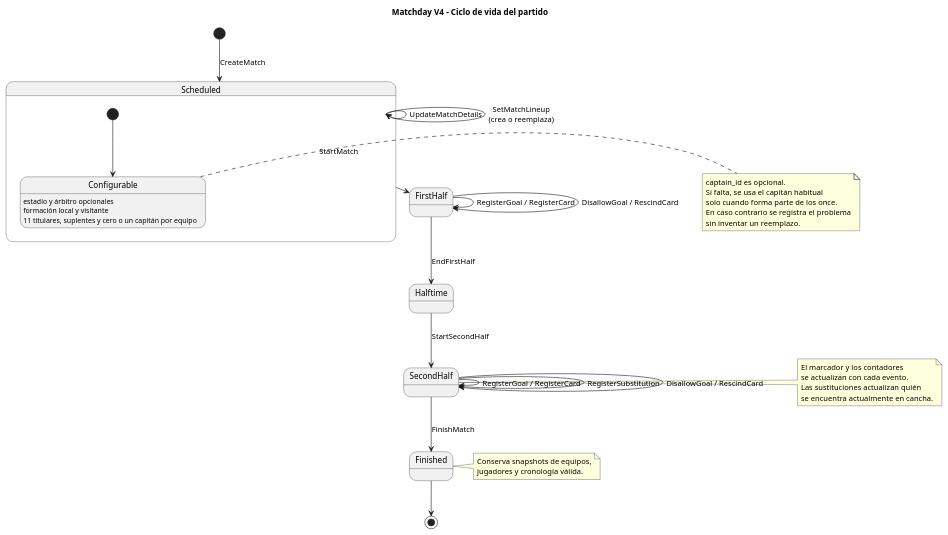
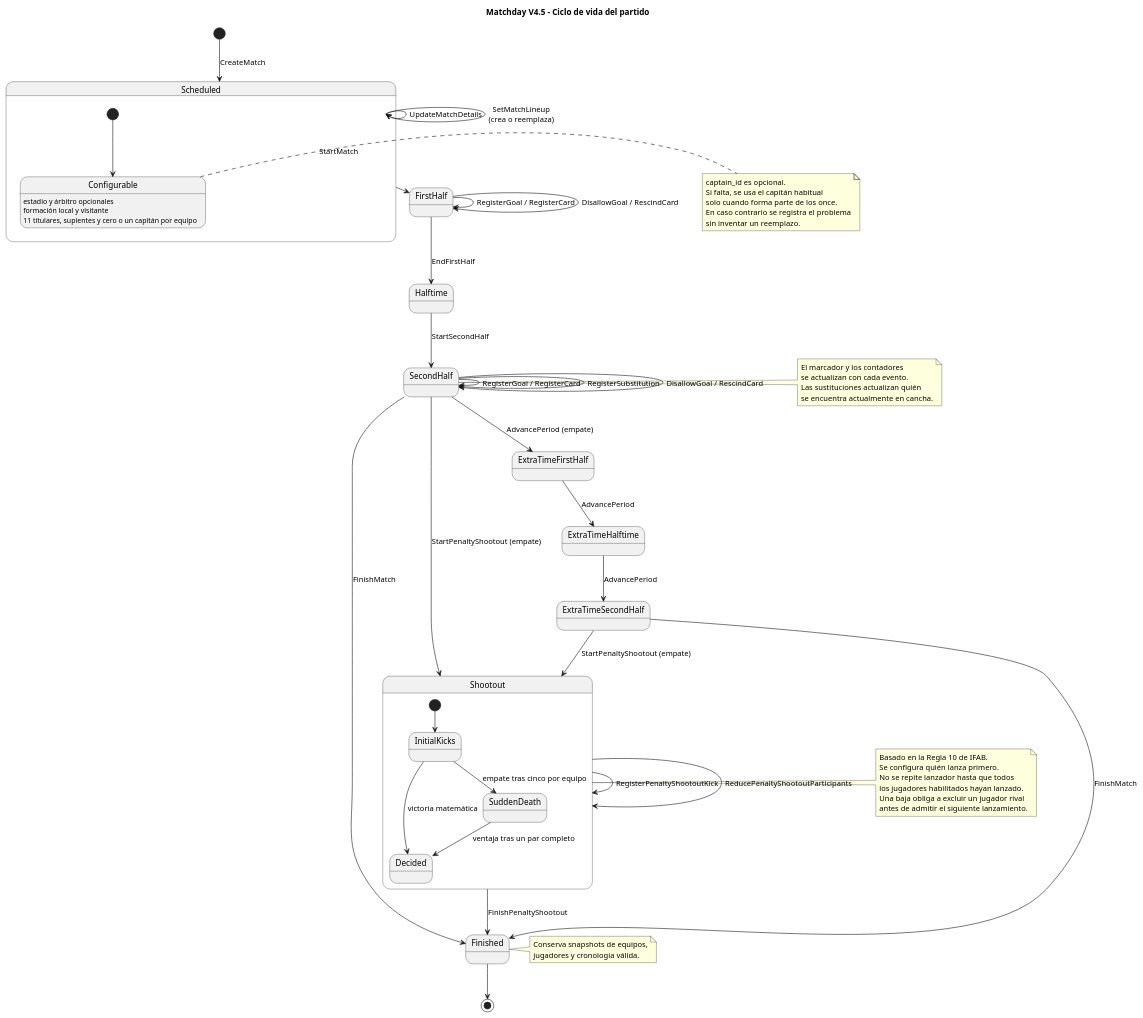
Before and after one commit to JaredDet/Match-Day: the diagram in docs/diagrams/match-lifecycle.puml, drawn with PlantUML. The commit also changed 35 other files, not shown here.

```diff
--- a/docs/diagrams/match-lifecycle.puml
+++ b/docs/diagrams/match-lifecycle.puml
@@ -1,44 +1,69 @@
 @startuml Match Lifecycle
-title Matchday V4 - Ciclo de vida del partido
+title Matchday V4.5 - Ciclo de vida del partido
 
 [*] --> Scheduled : CreateMatch
 Scheduled --> Scheduled : UpdateMatchDetails
 Scheduled --> Scheduled : SetMatchLineup\n(crea o reemplaza)
 Scheduled --> FirstHalf : StartMatch
 FirstHalf --> FirstHalf : RegisterGoal / RegisterCard
 FirstHalf --> FirstHalf : DisallowGoal / RescindCard
 FirstHalf --> Halftime : EndFirstHalf
 Halftime --> SecondHalf : StartSecondHalf
 SecondHalf --> SecondHalf : RegisterGoal / RegisterCard
 SecondHalf --> SecondHalf : RegisterSubstitution
 SecondHalf --> SecondHalf : DisallowGoal / RescindCard
 SecondHalf --> Finished : FinishMatch
+SecondHalf --> ExtraTimeFirstHalf : AdvancePeriod (empate)
+ExtraTimeFirstHalf --> ExtraTimeHalftime : AdvancePeriod
+ExtraTimeHalftime --> ExtraTimeSecondHalf : AdvancePeriod
+ExtraTimeSecondHalf --> Finished : FinishMatch
+SecondHalf --> Shootout : StartPenaltyShootout (empate)
+ExtraTimeSecondHalf --> Shootout : StartPenaltyShootout (empate)
+Shootout --> Shootout : RegisterPenaltyShootoutKick
+Shootout --> Shootout : ReducePenaltyShootoutParticipants
+Shootout --> Finished : FinishPenaltyShootout
 Finished --> [*]
+
+state Shootout {
+  [*] --> InitialKicks
+  InitialKicks --> Decided : victoria matemática
+  InitialKicks --> SuddenDeath : empate tras cinco por equipo
+  SuddenDeath --> Decided : ventaja tras un par completo
+}
 
 state Scheduled {
   [*] --> Configurable
   Configurable : estadio y árbitro opcionales
   Configurable : formación local y visitante
   Configurable : 11 titulares, suplentes y cero o un capitán por equipo
 }
 
 note right of Configurable
   captain_id es opcional.
   Si falta, se usa el capitán habitual
   solo cuando forma parte de los once.
   En caso contrario se registra el problema
   sin inventar un reemplazo.
 end note
 
 note right of SecondHalf
   El marcador y los contadores
   se actualizan con cada evento.
   Las sustituciones actualizan quién
   se encuentra actualmente en cancha.
 end note
 
 note right of Finished
   Conserva snapshots de equipos,
   jugadores y cronología válida.
 end note
+
+note right of Shootout
+  Basado en la Regla 10 de IFAB.
+  Se configura quién lanza primero.
+  No se repite lanzador hasta que todos
+  los jugadores habilitados hayan lanzado.
+  Una baja obliga a excluir un jugador rival
+  antes de admitir el siguiente lanzamiento.
+end note
 @enduml
```
